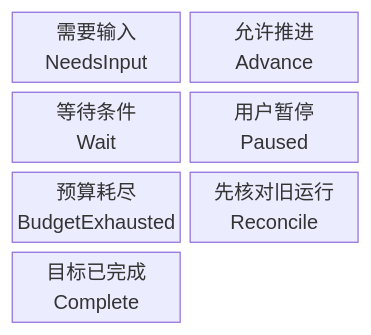
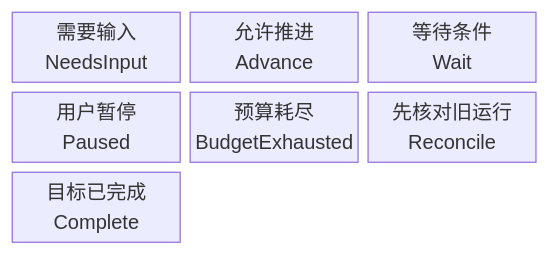
The diagram in apps/web/content/docs/code/9.1.6/_diagrams/goal-decisions.mmd (RezinChow/aster), drawn with Mermaid before and after one commit. The commit also changed 155 other files, not shown here.

Commit message:
feat(web): add Spotlight source reading and unify architecture figures

```diff
--- a/apps/web/content/docs/code/9.1.6/_diagrams/goal-decisions.mmd
+++ b/apps/web/content/docs/code/9.1.6/_diagrams/goal-decisions.mmd
@@ -1,9 +1,9 @@
 block-beta
-  columns 2
+  columns 3
   input["需要输入<br/>NeedsInput"]
   advance["允许推进<br/>Advance"]
   wait["等待条件<br/>Wait"]
   paused["用户暂停<br/>Paused"]
   budget["预算耗尽<br/>BudgetExhausted"]
   reconcile["先核对旧运行<br/>Reconcile"]
   done["目标已完成<br/>Complete"]
```
